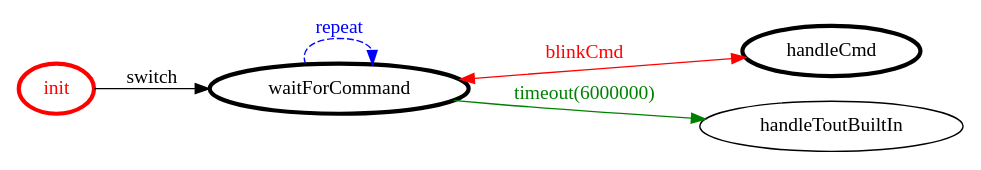
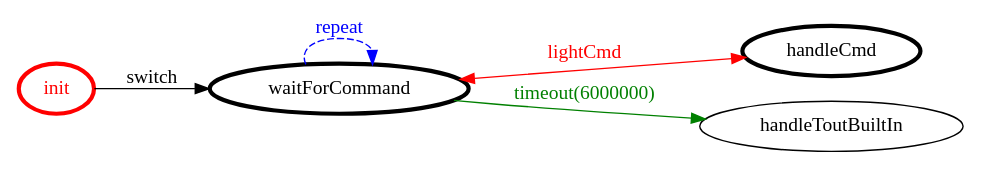
The diagram in it.unibo.finalTask2018/srcMore/it/unibo/huelampagentpa/huelampagentpa.gv (FFrabetti/ProgettoISS_relazione), drawn with Graphviz before and after one commit. The commit also changed 34 other files, not shown here.

```diff
--- a/it.unibo.finalTask2018/srcMore/it/unibo/huelampagentpa/huelampagentpa.gv
+++ b/it.unibo.finalTask2018/srcMore/it/unibo/huelampagentpa/huelampagentpa.gv
@@ -1,20 +1,20 @@
 /*
 *
 * A GraphViz DOT FSM description 
 * Please use a GraphViz visualizer (like http://www.webgraphviz.com)
 *  
 */
 
 digraph finite_state_machine {
 	rankdir=LR
 	size="8,5"
 	
 	init [ color = red ][ fontcolor = red ][ penwidth = 3 ]
 	handleCmd [ color = black ][ fontcolor = black ][ penwidth = 3 ]
 	waitForCommand [ color = black ][ fontcolor = black ][ penwidth = 3 ]
 	
-	waitForCommand -> handleCmd [ label = "blinkCmd" ][ color = red ][ fontcolor = red ][ dir = both ]
+	waitForCommand -> handleCmd [ label = "lightCmd" ][ color = red ][ fontcolor = red ][ dir = both ]
 	init -> waitForCommand [ label = "switch" ][ color = black ][ fontcolor = black ]
 	waitForCommand -> handleToutBuiltIn [ label = "timeout(6000000)" ][ color = green ][ fontcolor = green ]
 	waitForCommand -> waitForCommand [ label = "repeat "][ style = dashed ][ color = blue ][ fontcolor = blue ]
 }
```
